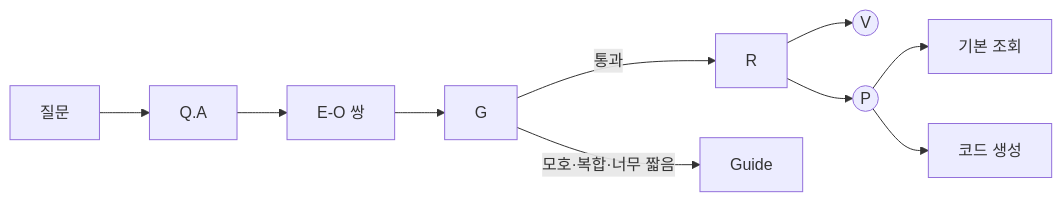
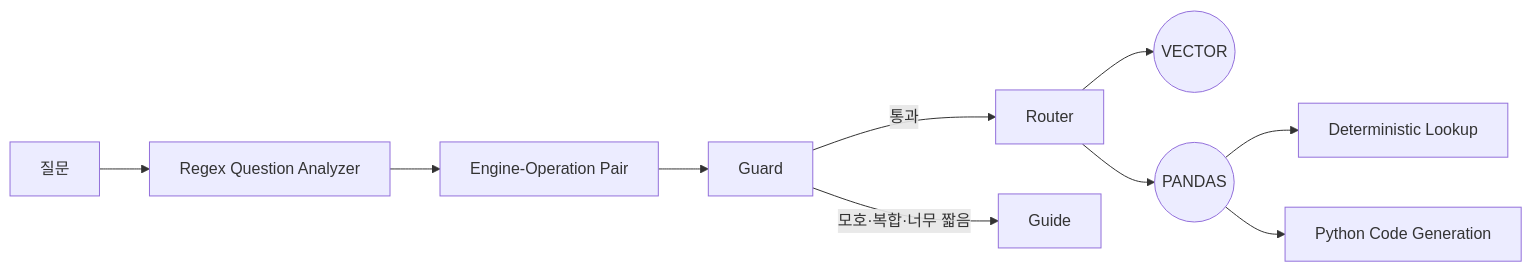
Before and after one commit to knu-2026-summer-main-enhancement/finance-doc-agent: the ninth of 16 diagrams in README.md, drawn with Mermaid. The commit also changed other lines of this file, not shown here.

Commit message:
Document English routing architecture

````diff
--- a/README.md
+++ b/README.md
@@ -347,12 +347,12 @@
 ```mermaid
 flowchart LR
-    Q[질문] --> QA[Q.A]
-    QA --> EO[E-O 쌍]
-    EO --> G[G]
-    G -->|통과| R[R]
+    Q[질문] --> RQA[Regex Question Analyzer]
+    RQA --> EO[Engine-Operation Pair]
+    EO --> G[Guard]
+    G -->|통과| R[Router]
     G -->|모호·복합·너무 짧음| GUIDE[Guide]
-    R --> V((V))
-    R --> P((P))
-    P --> PD[기본 조회]
-    P --> PG[코드 생성]
+    R --> V((VECTOR))
+    R --> P((PANDAS))
+    P --> PD[Deterministic Lookup]
+    P --> PG[Python Code Generation]
 ```
````
